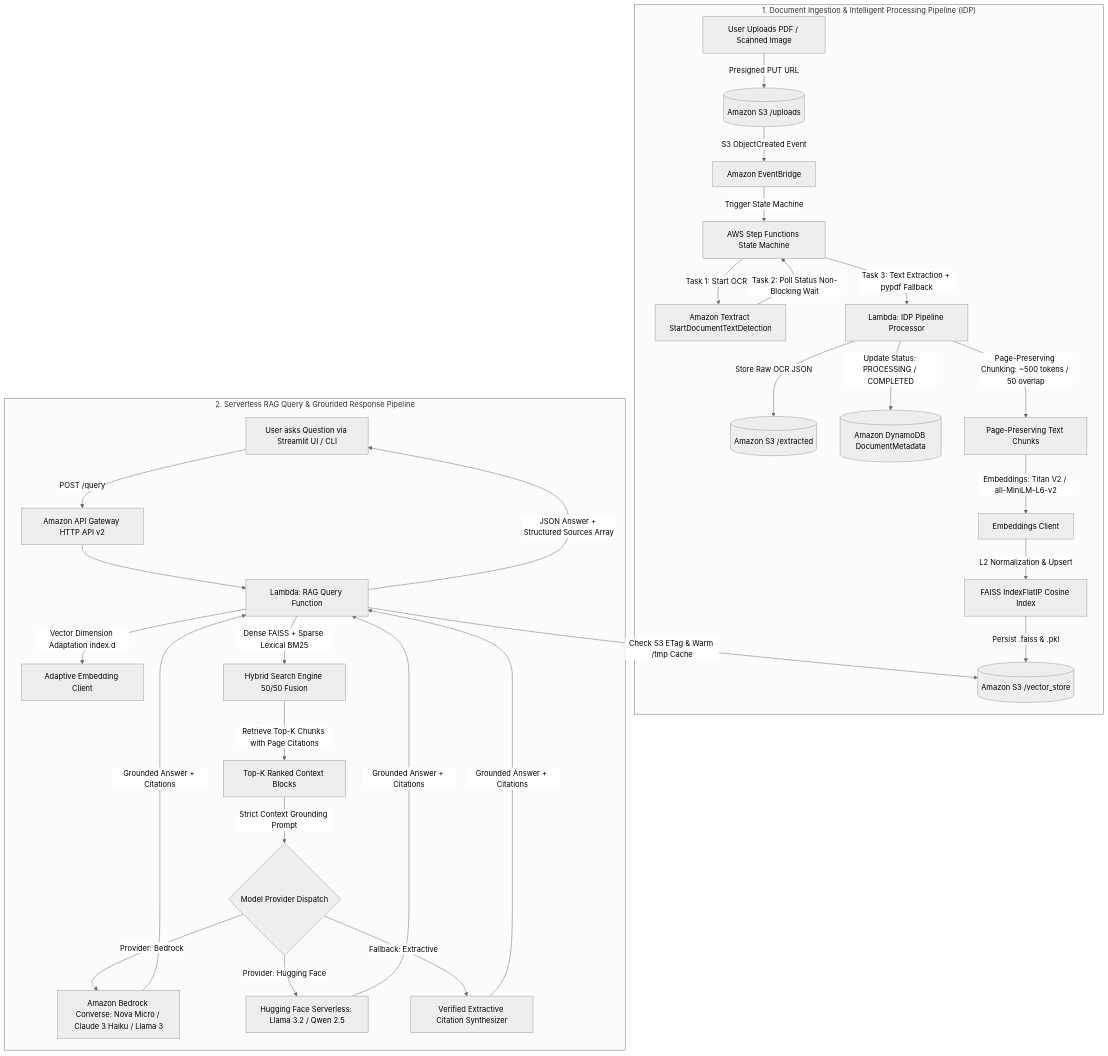
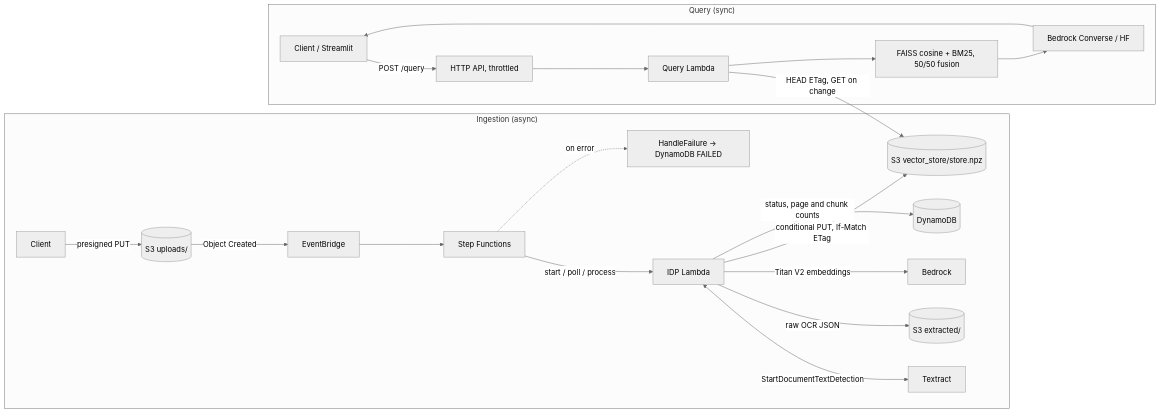
The diagram in README.md (JohnnyWilson16/aws-idp-rag), drawn with Mermaid (neutral theme) before and after one commit. The commit also changed other lines of this file and 26 other files, not shown here.

````diff
--- a/README.md
+++ b/README.md
@@ -19,34 +16,23 @@
 ```mermaid
-flowchart TD
-    subgraph INGESTION["1. Document Ingestion & Intelligent Processing Pipeline (IDP)"]
-        UI_UP[User Uploads PDF / Scanned Image] -->|Presigned PUT URL| S3_IN[(Amazon S3 /uploads)]
-        S3_IN -->|S3 ObjectCreated Event| EB[Amazon EventBridge]
-        EB -->|Trigger State Machine| SF[AWS Step Functions State Machine]
-        SF -->|Task 1: Start OCR| TX[Amazon Textract StartDocumentTextDetection]
-        TX -->|Task 2: Poll Status Non-Blocking Wait| SF
-        SF -->|Task 3: Text Extraction + pypdf Fallback| LP[Lambda: IDP Pipeline Processor]
-        LP -->|Store Raw OCR JSON| S3_EXT[(Amazon S3 /extracted)]
-        LP -->|Update Status: PROCESSING / COMPLETED| DDB[(Amazon DynamoDB DocumentMetadata)]
-        LP -->|Page-Preserving Chunking: ~500 tokens / 50 overlap| CHUNK[Page-Preserving Text Chunks]
-        CHUNK -->|Embeddings: Titan V2 / all-MiniLM-L6-v2| EMB[Embeddings Client]
-        EMB -->|L2 Normalization & Upsert| FAISS[FAISS IndexFlatIP Cosine Index]
-        FAISS -->|Persist .faiss & .pkl| S3_VEC[(Amazon S3 /vector_store)]
+flowchart LR
+    subgraph Ingest["Ingestion (async)"]
+        UP[Client] -->|presigned PUT| S3U[(S3 uploads/)]
+        S3U -->|Object Created| EB[EventBridge]
+        EB --> SF[Step Functions]
+        SF -->|start / poll / process| L1[IDP Lambda]
+        L1 <-->|StartDocumentTextDetection| TX[Textract]
+        L1 -->|raw OCR JSON| S3E[(S3 extracted/)]
+        L1 -->|Titan V2 embeddings| BR1[Bedrock]
+        L1 -->|conditional PUT, If-Match ETag| S3V[(S3 vector_store/store.npz)]
+        L1 -->|status, page and chunk counts| DDB[(DynamoDB)]
+        SF -.->|on error| FAIL[HandleFailure → DynamoDB FAILED]
     end
-
-    subgraph RETRIEVAL["2. Serverless RAG Query & Grounded Response Pipeline"]
-        USER[User asks Question via Streamlit UI / CLI] -->|POST /query| APIGW[Amazon API Gateway HTTP API v2]
-        APIGW --> QLAMBDA[Lambda: RAG Query Function]
-        QLAMBDA -->|Check S3 ETag & Warm /tmp Cache| S3_VEC
-        QLAMBDA -->|Vector Dimension Adaptation index.d| ADAPT[Adaptive Embedding Client]
-        QLAMBDA -->|Dense FAISS + Sparse Lexical BM25| HYBRID[Hybrid Search Engine 50/50 Fusion]
-        HYBRID -->|Retrieve Top-K Chunks with Page Citations| RETRIEVE[Top-K Ranked Context Blocks]
-        RETRIEVE -->|Strict Context Grounding Prompt| LLM_DISPATCH{Model Provider Dispatch}
-        LLM_DISPATCH -->|Provider: Bedrock| BEDROCK_LLM[Amazon Bedrock Converse: Nova Micro / Claude 3 Haiku / Llama 3]
-        LLM_DISPATCH -->|Provider: Hugging Face| HF_LLM[Hugging Face Serverless: Llama 3.2 / Qwen 2.5]
-        LLM_DISPATCH -->|Fallback: Extractive| EXTRACTIVE[Verified Extractive Citation Synthesizer]
-        BEDROCK_LLM -->|Grounded Answer + Citations| QLAMBDA
-        HF_LLM -->|Grounded Answer + Citations| QLAMBDA
-        EXTRACTIVE -->|Grounded Answer + Citations| QLAMBDA
-        QLAMBDA -->|JSON Answer + Structured Sources Array| USER
+    subgraph Query["Query (sync)"]
+        C[Client / Streamlit] -->|POST /query| APIGW[HTTP API, throttled]
+        APIGW --> L2[Query Lambda]
+        L2 -->|HEAD ETag, GET on change| S3V
+        L2 --> HY[FAISS cosine + BM25, 50/50 fusion]
+        HY --> LLM[Bedrock Converse / HF]
+        LLM --> C
     end
 ```
````
